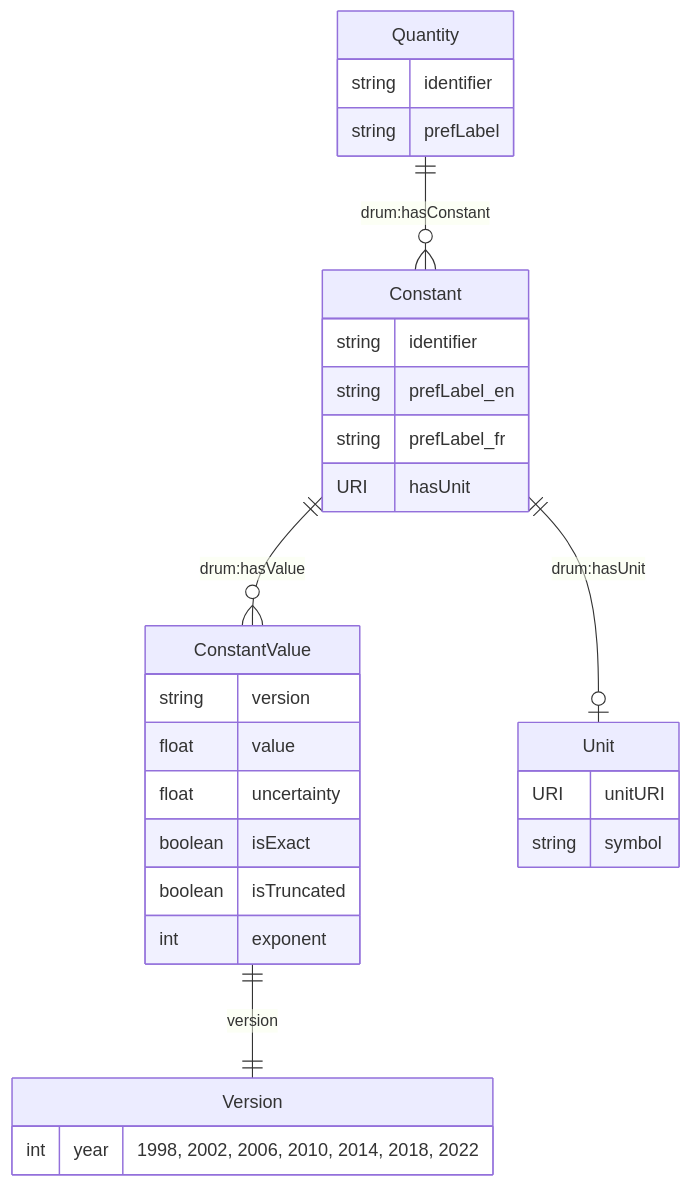
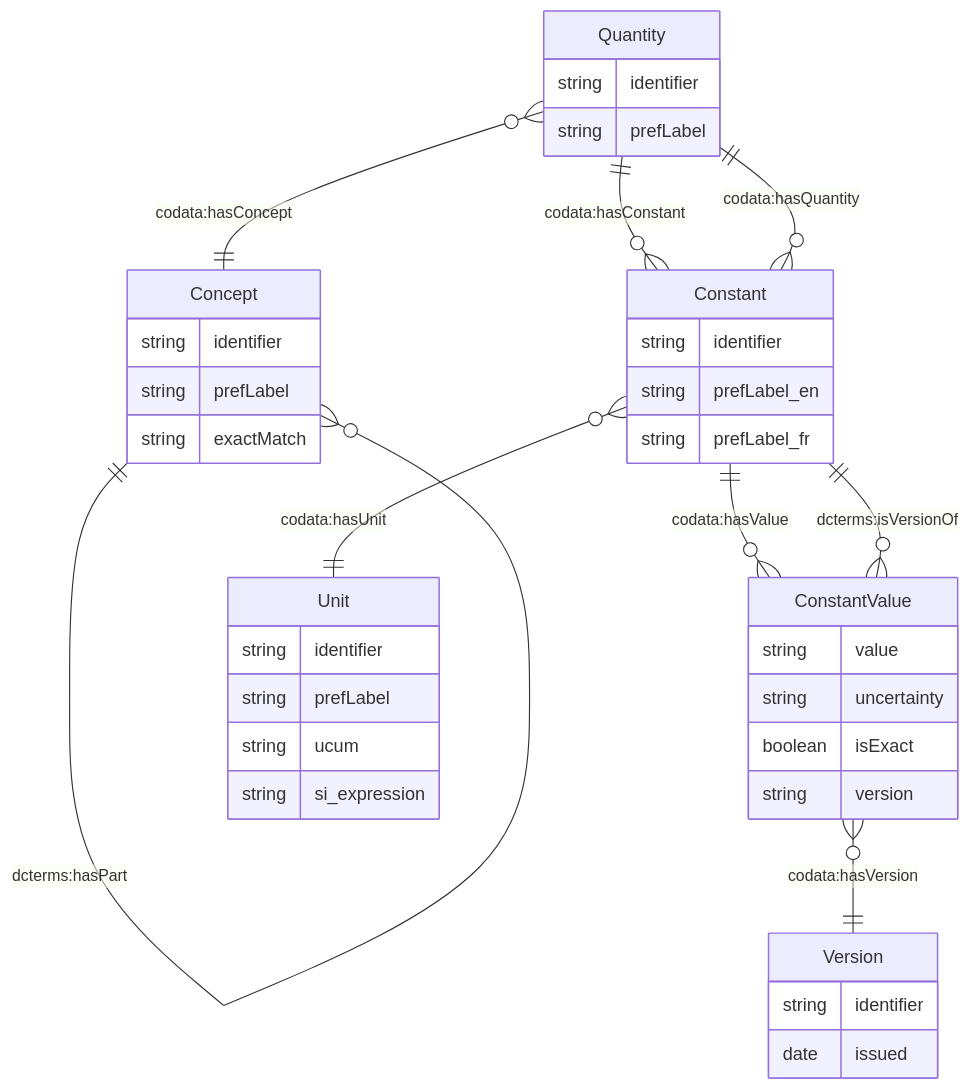
One commit to codata/drum-constants changed the first of 2 diagrams in CODATA_CONSTANTS_MODEL.md. Above: the diagram before and after it, drawn with Mermaid. The commit also changed other lines of this file and 5 other files, not shown here.

````diff
--- a/CODATA_CONSTANTS_MODEL.md
+++ b/CODATA_CONSTANTS_MODEL.md
@@ -36,37 +54,48 @@
 ```mermaid
 erDiagram
-    Quantity ||--o{ Constant : "drum:hasConstant"
-    Constant ||--o{ ConstantValue : "drum:hasValue"
-    Constant ||--o| Unit : "drum:hasUnit"
-    ConstantValue ||--|| Version : "version"
+    Concept ||--o{ Concept : "skos:broader"
+    Concept ||--o{ Concept : "dcterms:hasPart"
+    Quantity }o--|| Concept : "codata:hasConcept"
+    Quantity ||--o{ Constant : "codata:hasConstant"
+    Constant }o--|| Quantity : "codata:hasQuantity"  
+    Constant ||--o{ ConstantValue : "codata:hasValue"
+    Constant }o--|| Unit : "codata:hasUnit"
+    ConstantValue }o--|| Constant : "dcterms:isVersionOf"
+    ConstantValue }o--|| Version : "codata:hasVersion"
+    
+    Concept {
+        string identifier
+        string prefLabel
+        string exactMatch
+    }
     
     Quantity {
         string identifier
         string prefLabel
     }
     
     Constant {
         string identifier
         string prefLabel_en
         string prefLabel_fr
-        URI hasUnit
+    }
+    
+    Unit {
+        string identifier
+        string prefLabel
+        string ucum
+        string si_expression
+    }
+    
+    Version {
+        string identifier
+        date issued
     }
     
     ConstantValue {
+        string value
+        string uncertainty
+        boolean isExact
         string version
-        float value
-        float uncertainty
-        boolean isExact
-        boolean isTruncated
-        int exponent
-    }
-    
-    Unit {
-        URI unitURI
-        string symbol
-    }
-    
-    Version {
-        int year "1998, 2002, 2006, 2010, 2014, 2018, 2022"
     }
 ```
````
